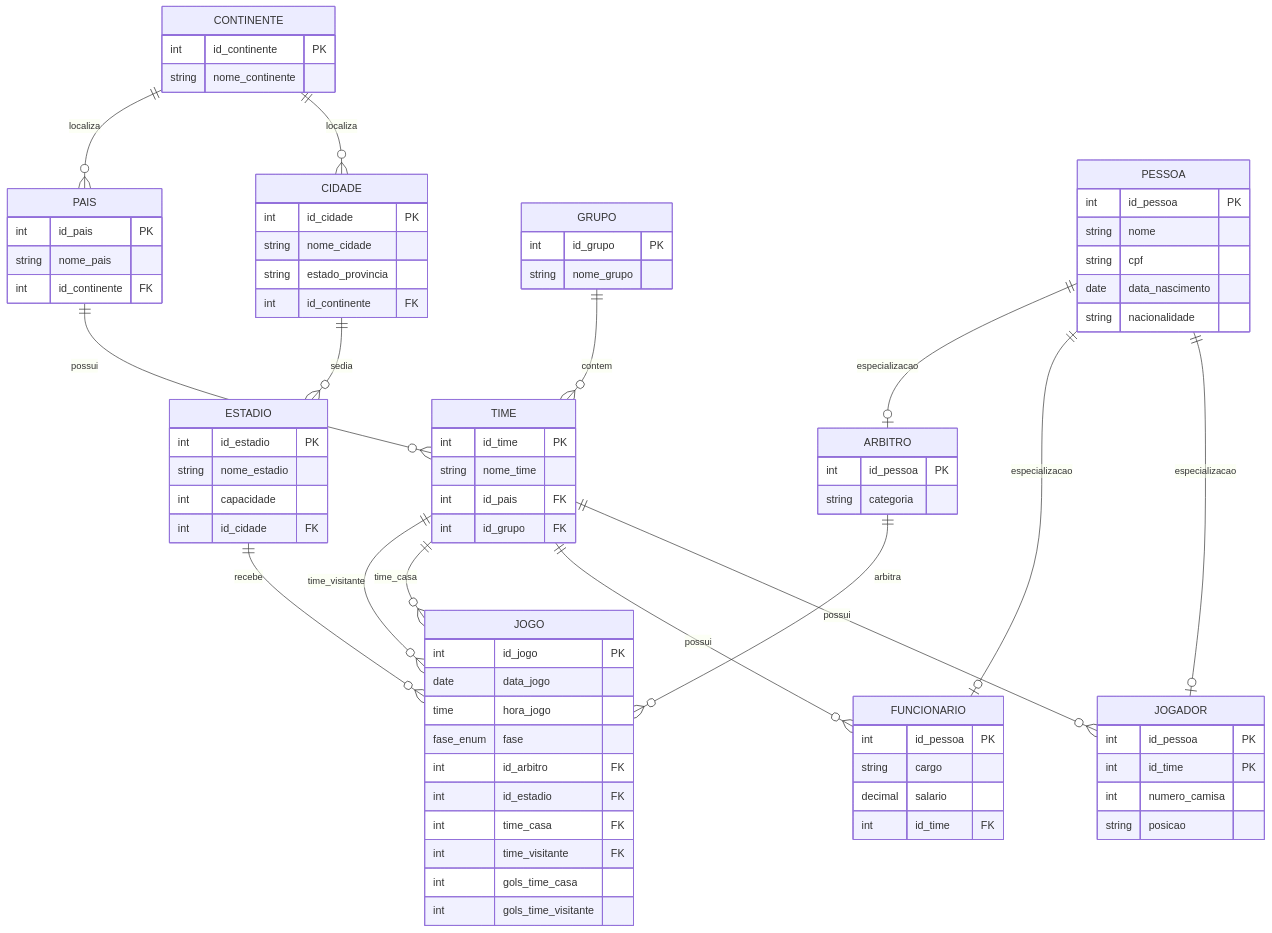
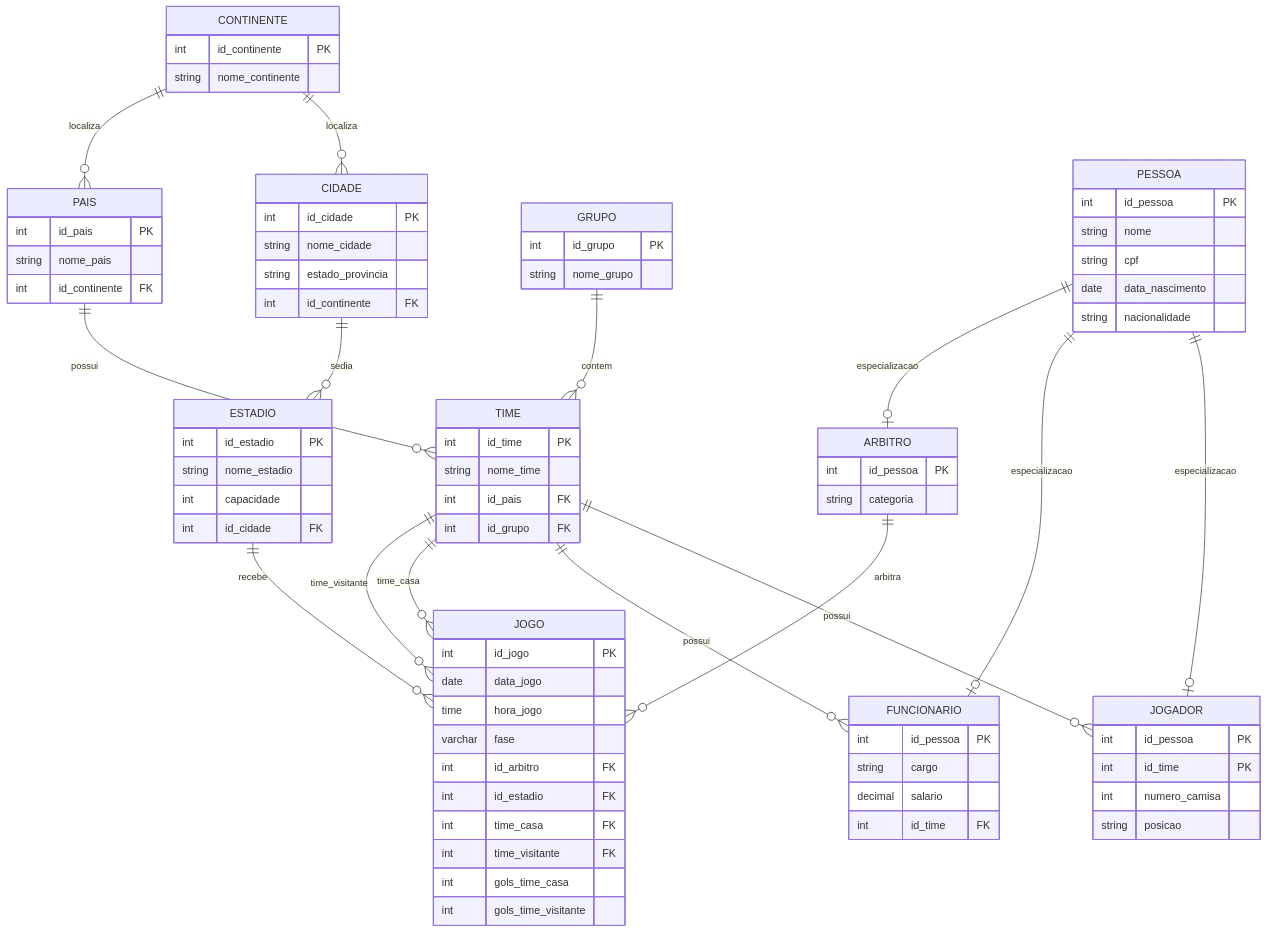
The diagram in README.md (jlmzinn/Copa-do-Mundo-2026), drawn with Mermaid before and after one commit. The commit also changed other lines of this file, not shown here.

Commit message:
Change 'fase' type from ENUM to VARCHAR in README

```diff
--- a/README.md
+++ b/README.md
@@ -96,7 +96,7 @@
         int id_jogo PK
         date data_jogo
         time hora_jogo
-        fase_enum fase
+        varchar fase
         int id_arbitro FK
         int id_estadio FK
         int time_casa FK
```
